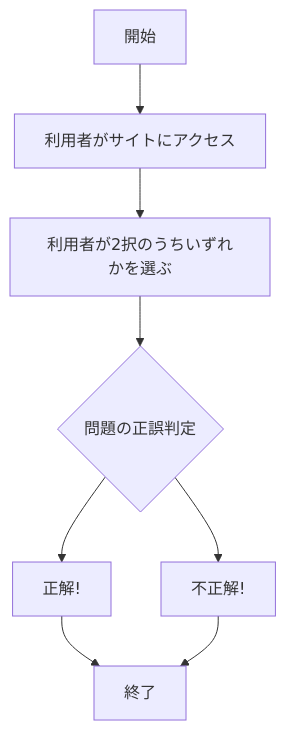
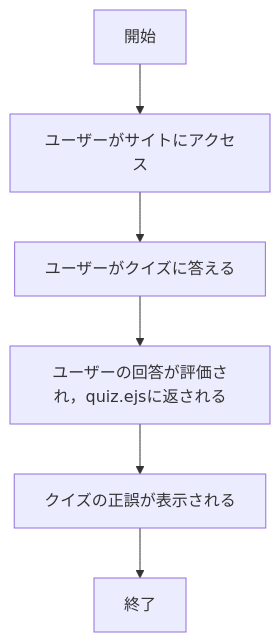
One commit to SaToHaRuKu/webpro_06 changed the third of 3 diagrams in README.md. Above: the diagram before and after it, drawn with Mermaid. The commit also changed other lines of this file and 20 other files, not shown here.

````diff
--- a/README.md
+++ b/README.md
@@ -376,21 +409,16 @@
 ```mermaid
 flowchart TD;
 start["開始"];
-access["利用者がサイトにアクセス"];
-choise["利用者が2択のうちいずれかを選ぶ"];
-end1["終了"]
-if{問題の正誤判定}
-correct["正解!"]
-incorrect[不正解!]
+access["ユーザーがサイトにアクセス"];
+choise["ユーザーがクイズに答える"];
+return["ユーザーの回答が評価され，quiz.ejsに返される"];
+display["クイズの正誤が表示される"];
+finish["終了"];
 
 
-start --> access
-access --> choise
-choise -->if
-if --> correct
-if --> incorrect
-correct -->end1
-incorrect-->end1
-
-
+start --> access;
+access --> choise;
+choise --> return;
+return --> display;
+display --> finish;
 ```
````
